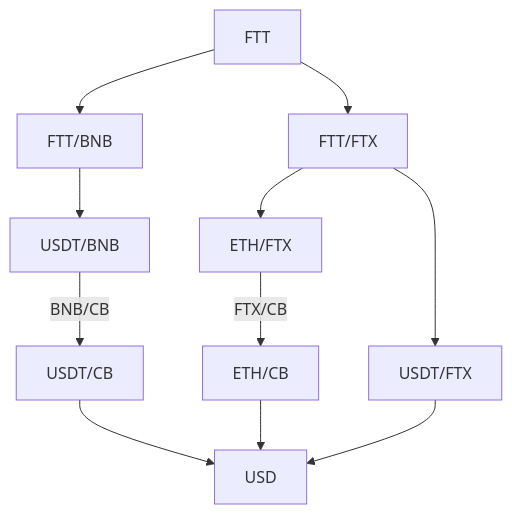
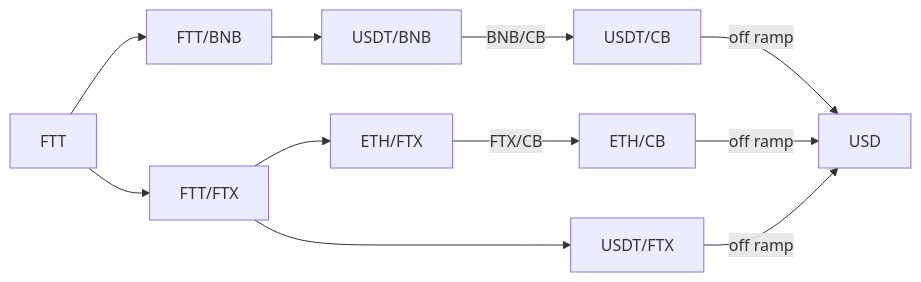
Before and after one commit to Ramzgate/node_setup: the second of 2 diagrams in ubuntu_os.md, drawn with Mermaid.

Commit message:
ubuntu install instructions

````diff
--- a/ubuntu_os.md
+++ b/ubuntu_os.md
@@ -78,13 +78,13 @@
 ```mermaid
-graph TD
+graph LR
   A[FTT] --> B[FTT/BNB]
   B --> C[USDT/BNB]
   C -->|BNB/CB| D[USDT/CB]
-  D --> E[USD]
+  D -->|off ramp| E[USD]
   A --> F[FTT/FTX]
   F --> G[ETH/FTX]
   G --> |FTX/CB| H[ETH/CB]
-  H --> E
+  H -->|off ramp| E
   F --> I[USDT/FTX]
-  I --> E
+  I -->|off ramp| E
 ```
````
